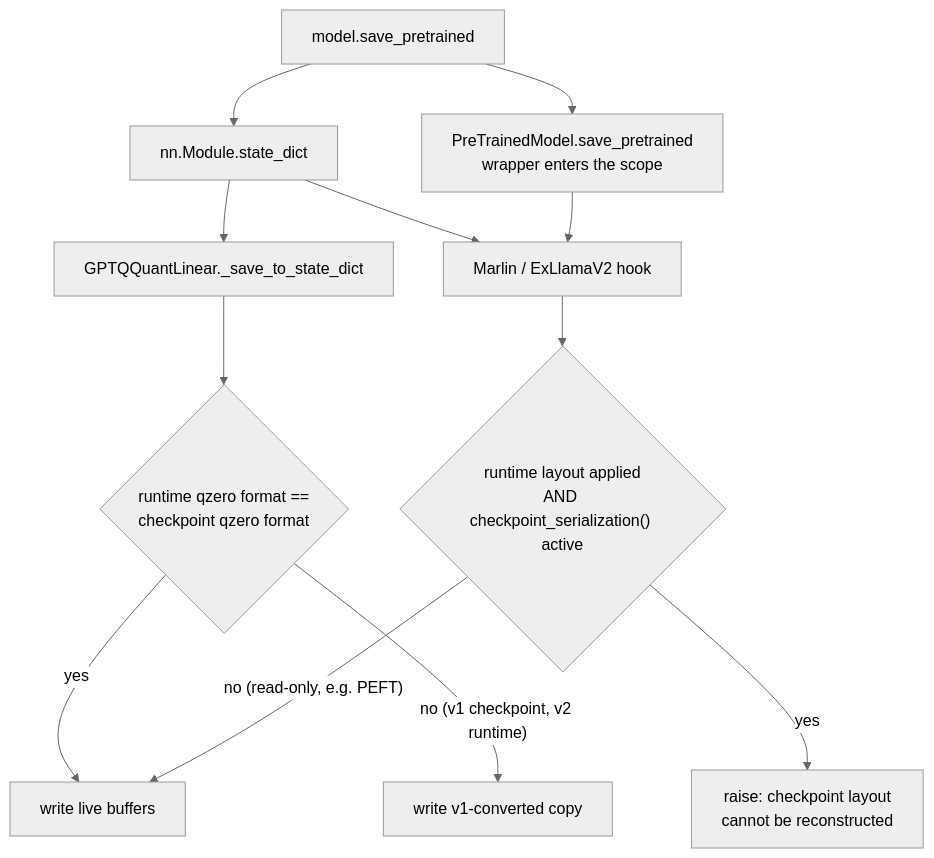
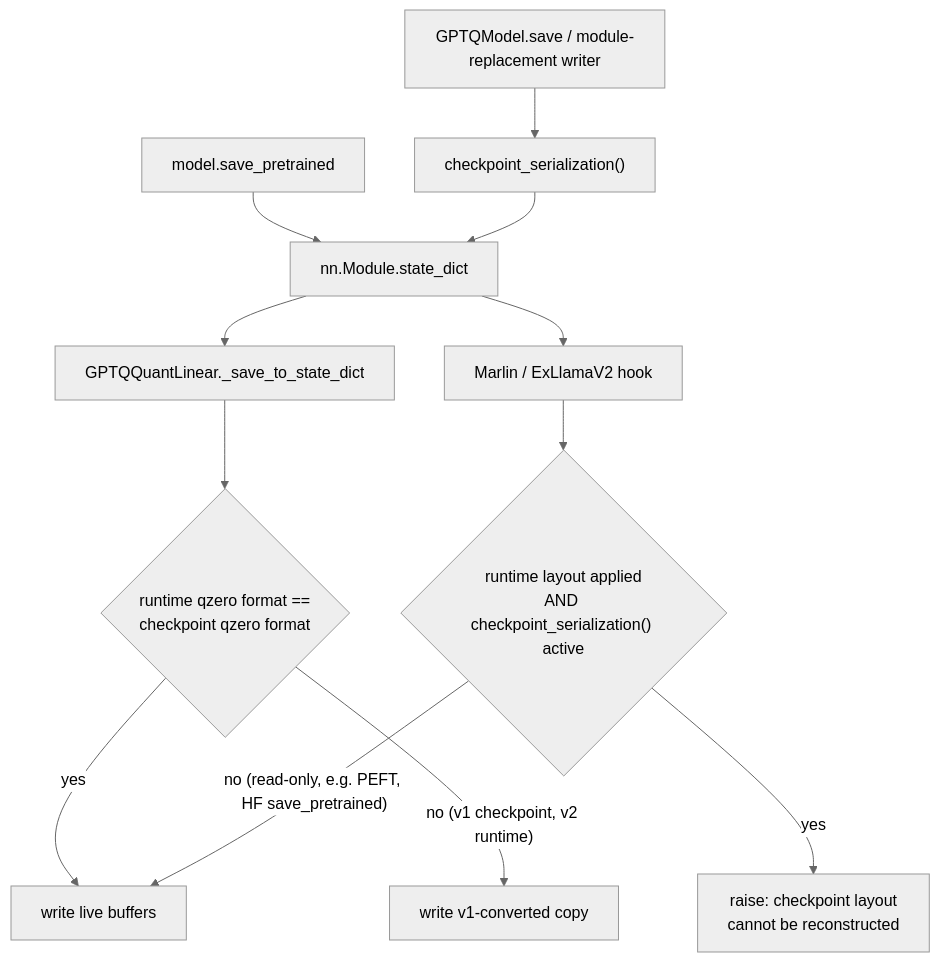
One commit to ModelCloud/GPTQModel changed the fourth of 19 diagrams in docs/checkpoint-interop.md. Above: the diagram before and after it, drawn with Mermaid (neutral theme). The commit also changed other lines of this file and 2458 other files, not shown here.

````diff
--- a/docs/checkpoint-interop.md
+++ b/docs/checkpoint-interop.md
@@ -172,14 +174,14 @@
 ```mermaid
 flowchart TD
     A["model.save_pretrained"] --> B["nn.Module.state_dict"]
     B --> C["GPTQQuantLinear._save_to_state_dict"]
     C --> D{"runtime qzero format ==<br/>checkpoint qzero format"}
     D -- yes --> E["write live buffers"]
     D -- "no (v1 checkpoint, v2 runtime)" --> F["write v1-converted copy"]
     B --> G["Marlin / ExLlamaV2 hook"]
     G --> H{"runtime layout applied<br/>AND checkpoint_serialization() active"}
     H -- yes --> I["raise: checkpoint layout<br/>cannot be reconstructed"]
-    H -- "no (read-only, e.g. PEFT)" --> E
-    A --> J["PreTrainedModel.save_pretrained<br/>wrapper enters the scope"]
-    J --> G
+    H -- "no (read-only, e.g. PEFT, HF save_pretrained)" --> E
+    S["GPTQModel.save / module-replacement writer"] --> T["checkpoint_serialization()"]
+    T --> B
 ```
````
